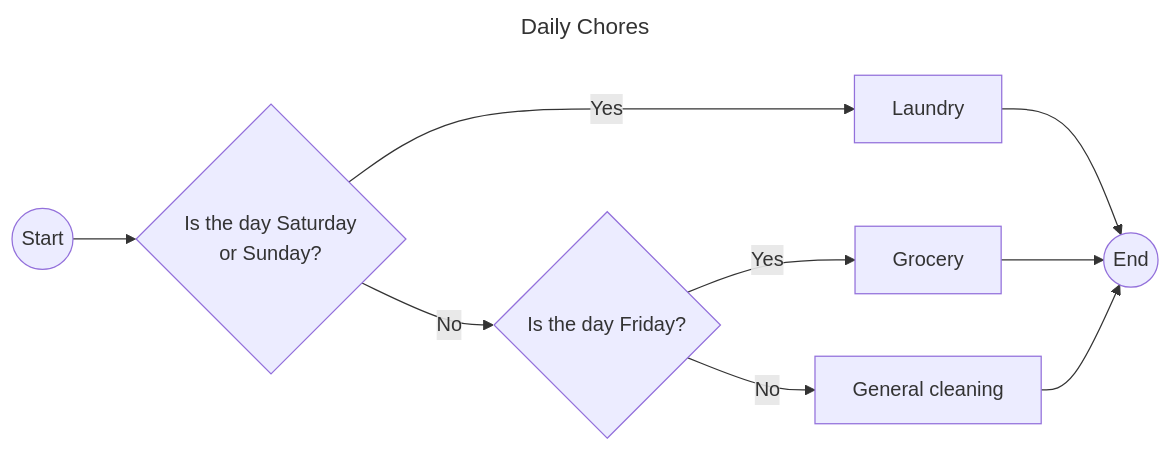
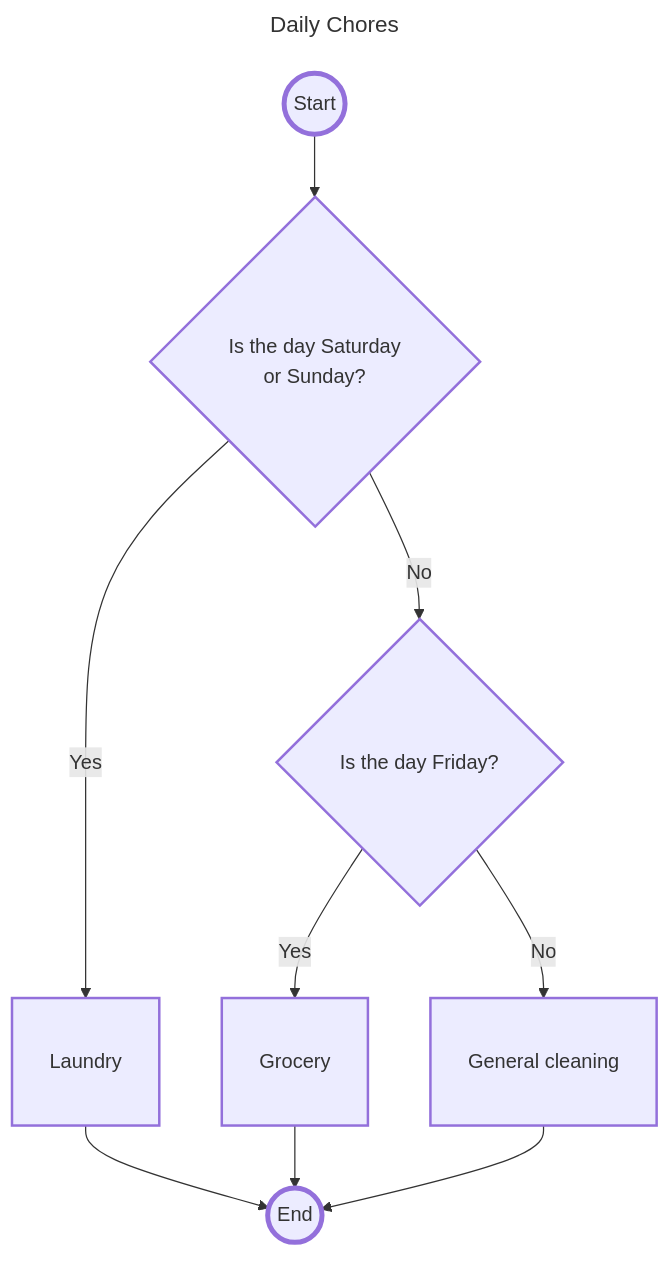
Before and after one commit to jmadoremos/amaoed-cpp-demo: the third of 5 diagrams in src/week02/Discussion.md, drawn with Mermaid. The commit also changed other lines of this file, not shown here.

Commit message:
Update diagram structure

````diff
--- a/src/week02/Discussion.md
+++ b/src/week02/Discussion.md
@@ -87,19 +99,25 @@
 ```mermaid
 ---
 title: Daily Chores
 ---
-flowchart LR
-  start1((Start))
+flowchart TD
+  %% Node definition:
+  start1((Start)):::terminal
   is_satsun{Is the day Saturday\nor Sunday?}
   is_fri{Is the day Friday?}
   clean[General cleaning]
   laundry[Laundry]
   grocery[Grocery]
-  end1((End))
+  end1((End)):::terminal
 
+  %% Flow definition:
   start1 --> is_satsun
   is_satsun -->|Yes| laundry --> end1
   is_satsun -->|No| is_fri
   is_fri -->|Yes| grocery --> end1
   is_fri -->|No| clean --> end1
+
+  %% Class definition:
+  classDef default padding:10px,stroke-width:2px
+  classDef terminal stroke-width:4px,padding:20px
 ```
````
